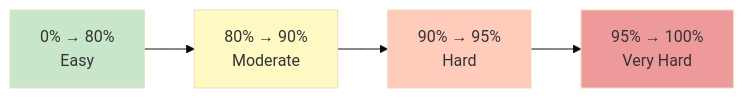
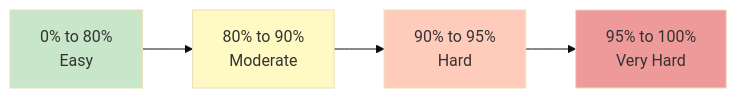
Before and after one commit to anton-abyzov/specweave: the sixth of 10 diagrams in docs-site/docs/academy/fundamentals/testing-fundamentals.md, drawn with Mermaid (base theme). The commit also changed 23 other files, not shown here.

Commit message:
fix: repair 24 broken Mermaid diagrams — quote special chars, fix state/sequence syntax

````diff
--- a/docs-site/docs/academy/fundamentals/testing-fundamentals.md
+++ b/docs-site/docs/academy/fundamentals/testing-fundamentals.md
@@ -1100,11 +1100,11 @@
 ```mermaid
 graph LR
-    A[0% → 80%<br/>Easy] --> B[80% → 90%<br/>Moderate]
-    B --> C[90% → 95%<br/>Hard]
-    C --> D[95% → 100%<br/>Very Hard]
+    A["0% to 80%<br/>Easy"] --> B["80% to 90%<br/>Moderate"]
+    B --> C["90% to 95%<br/>Hard"]
+    C --> D["95% to 100%<br/>Very Hard"]
 
     style A fill:#c8e6c9
     style B fill:#fff9c4
     style C fill:#ffccbc
     style D fill:#ef9a9a
 ```
````
